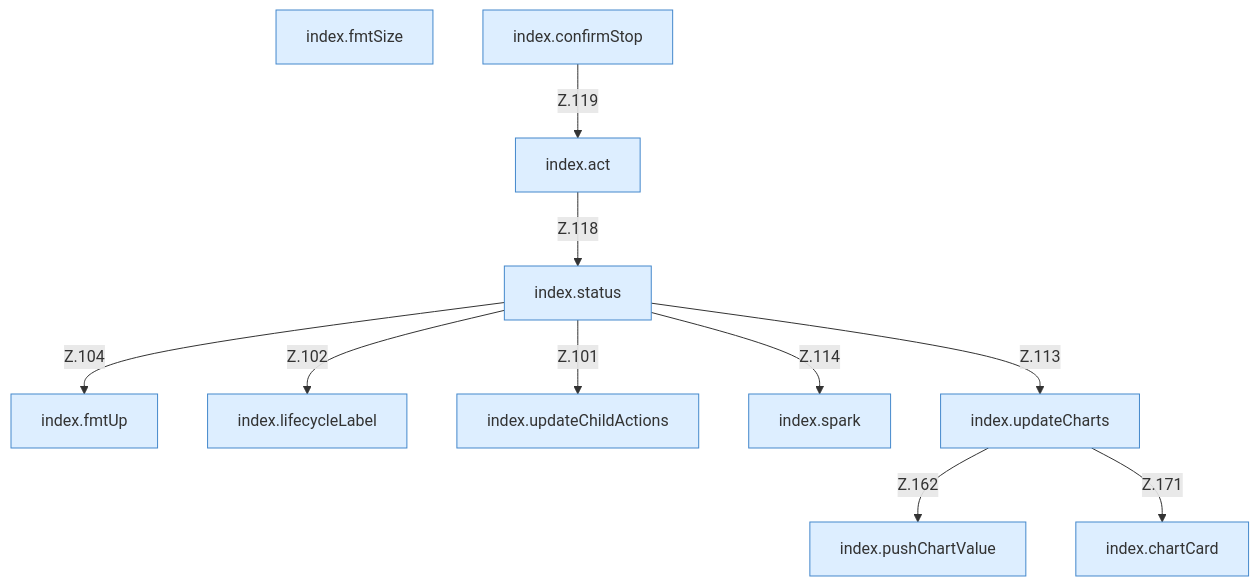
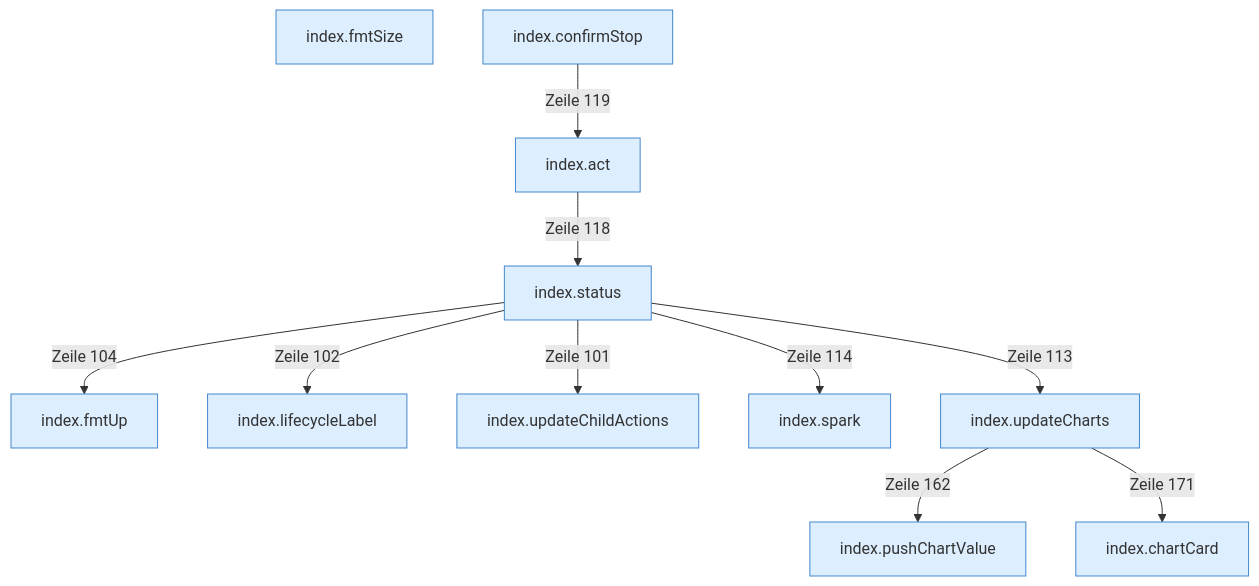
One commit to PrinceDiamant/minecraft-serverhoster-plugin changed the diagram in Legacy-Status.md. Above: the diagram before and after it, drawn with Mermaid. The commit also changed other lines of this file and 2005 other files, not shown here.

````diff
--- a/Legacy-Status.md
+++ b/Legacy-Status.md
@@ -5,25 +5,25 @@
 ```mermaid
 flowchart TD
   n1["index.fmtUp"]:::internal-link
   n2["index.fmtSize"]:::internal-link
   n3["index.lifecycleLabel"]:::internal-link
   n4["index.updateChildActions"]:::internal-link
   n5["index.status"]:::internal-link
   n6["index.act"]:::internal-link
   n7["index.confirmStop"]:::internal-link
   n8["index.spark"]:::internal-link
   n9["index.pushChartValue"]:::internal-link
   n10["index.updateCharts"]:::internal-link
   n11["index.chartCard"]:::internal-link
-  n5 -->|"Z.101"| n4
-  n5 -->|"Z.102"| n3
-  n5 -->|"Z.104"| n1
-  n5 -->|"Z.113"| n10
-  n5 -->|"Z.114"| n8
-  n6 -->|"Z.118"| n5
-  n7 -->|"Z.119"| n6
-  n10 -->|"Z.162"| n9
-  n10 -->|"Z.171"| n11
+  n5 -->|"Zeile 101"| n4
+  n5 -->|"Zeile 102"| n3
+  n5 -->|"Zeile 104"| n1
+  n5 -->|"Zeile 113"| n10
+  n5 -->|"Zeile 114"| n8
+  n6 -->|"Zeile 118"| n5
+  n7 -->|"Zeile 119"| n6
+  n10 -->|"Zeile 162"| n9
+  n10 -->|"Zeile 171"| n11
   classDef internal-link fill:#ddeeff,stroke:#4488cc
   classDef befund fill:#f88
 ```
````
